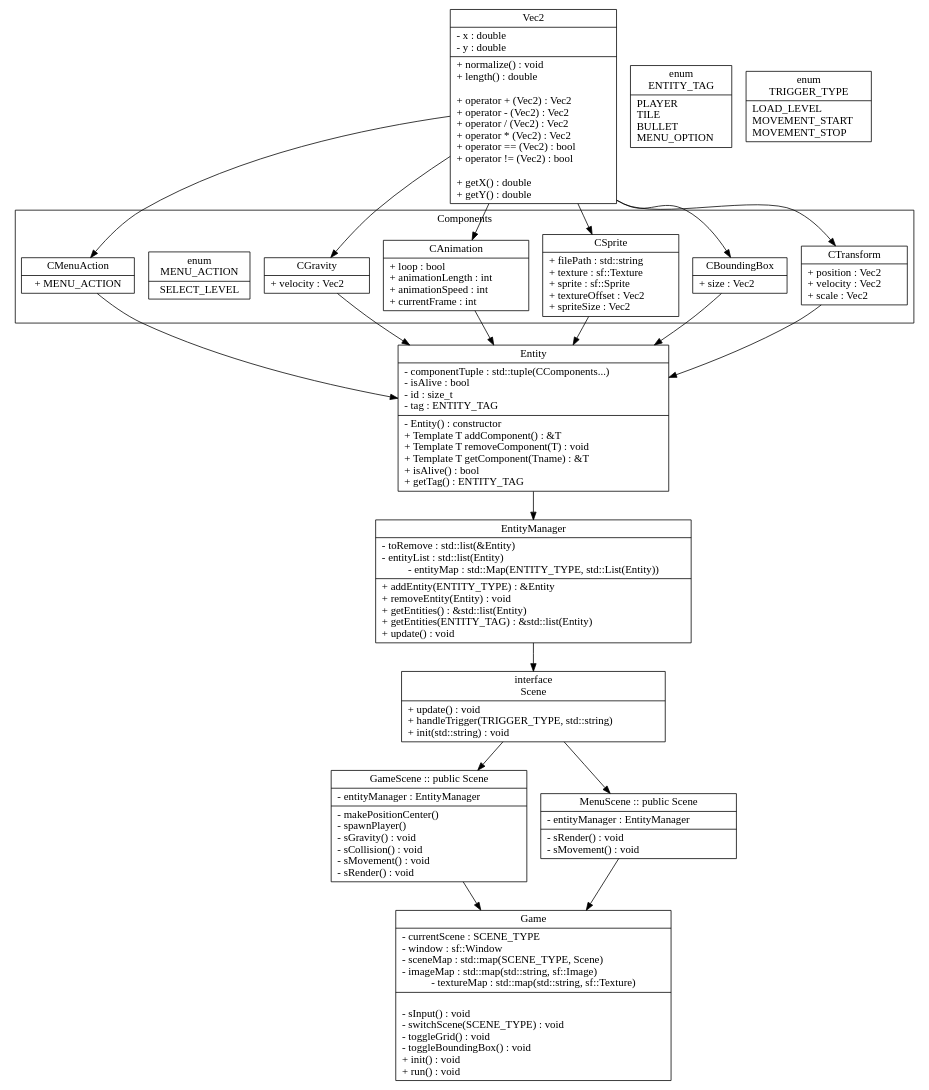
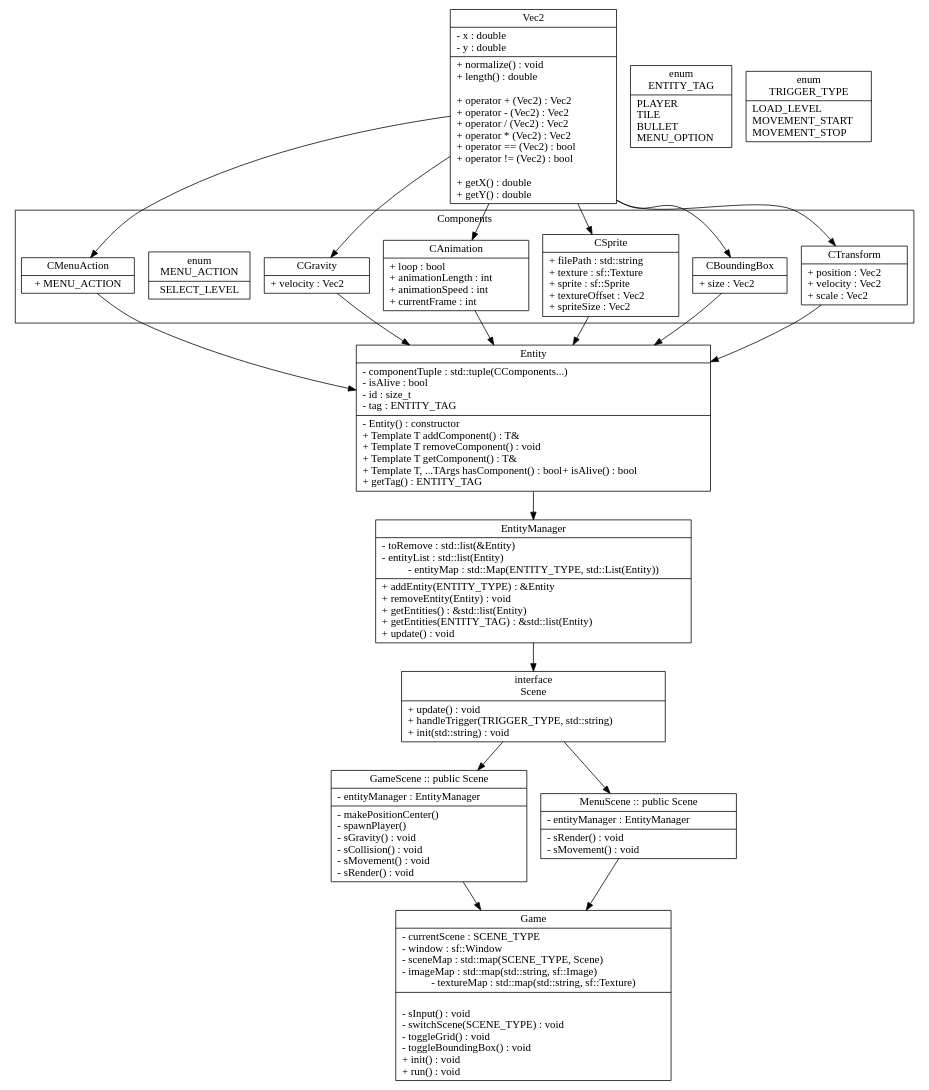
The diagram in docs/graphs/classes.dot (PumpkinBrain/platformer-game), drawn with Graphviz before and after one commit. The commit also changed 9 other files, not shown here.

```diff
--- a/docs/graphs/classes.dot
+++ b/docs/graphs/classes.dot
@@ -123,9 +123,10 @@
 			- id : size_t\l
 			- tag : ENTITY_TAG\l|
 			- Entity() : constructor\l
-			+ Template T addComponent() : &T\l
-			+ Template T removeComponent(T) : void\l
-			+ Template T getComponent(Tname) : &T\l
+			+ Template T addComponent() : T&\l
+			+ Template T removeComponent() : void\l
+			+ Template T getComponent() : T&\l
+			+ Template T, ...TArgs hasComponent() : bool
 			+ isAlive() : bool\l
 			+ getTag() :  ENTITY_TAG\l
 		}"
```
